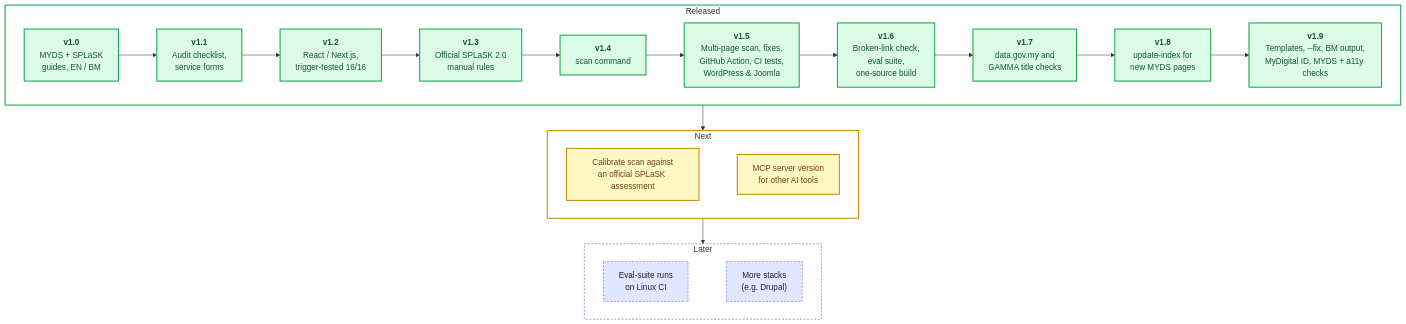
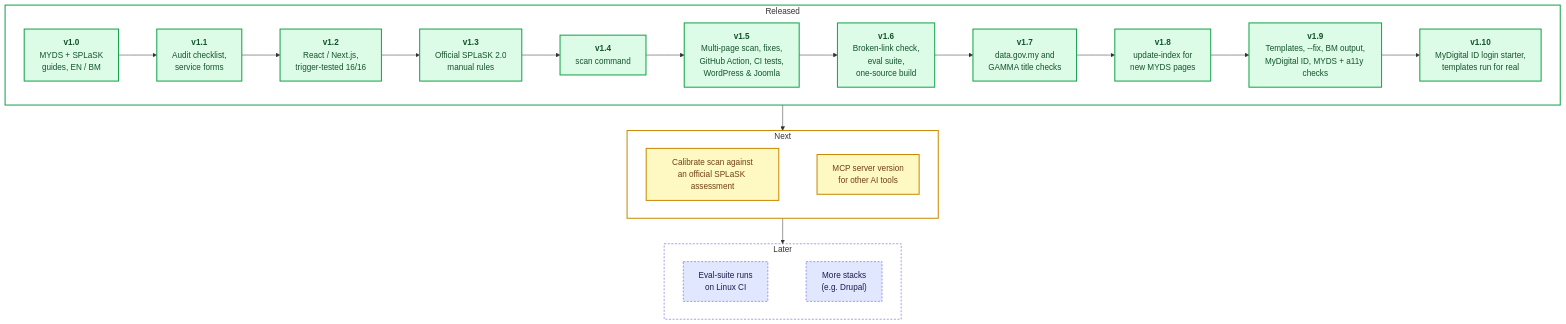
The second of 2 diagrams in README.md (DexComm69/malaysia-gov-web-guidance), drawn with Mermaid before and after one commit. The commit also changed other lines of this file and 46 other files, not shown here.

Commit message:
v1.10.0: MyDigital ID login starter (tested on a mock OIDC provider), templates run for real (round 8) and fixed, BM for --render, Action extra-args

````diff
--- a/README.md
+++ b/README.md
@@ -340,43 +351,44 @@
 ```mermaid
 flowchart TB
     subgraph shipped ["Released"]
         direction LR
         v10["<b>v1.0</b><br/>MYDS + SPLaSK<br/>guides, EN / BM"]
         v11["<b>v1.1</b><br/>Audit checklist,<br/>service forms"]
         v12["<b>v1.2</b><br/>React / Next.js,<br/>trigger-tested 16/16"]
         v13["<b>v1.3</b><br/>Official SPLaSK 2.0<br/>manual rules"]
         v14["<b>v1.4</b><br/>scan command"]
         v15["<b>v1.5</b><br/>Multi-page scan, fixes,<br/>GitHub Action, CI tests,<br/>WordPress & Joomla"]
         v16["<b>v1.6</b><br/>Broken-link check,<br/>eval suite,<br/>one-source build"]
         v17["<b>v1.7</b><br/>data.gov.my and<br/>GAMMA title checks"]
         v18["<b>v1.8</b><br/>update-index for<br/>new MYDS pages"]
         v19["<b>v1.9</b><br/>Templates, --fix, BM output,<br/>MyDigital ID, MYDS + a11y checks"]
-        v10 --> v11 --> v12 --> v13 --> v14 --> v15 --> v16 --> v17 --> v18 --> v19
+        v110["<b>v1.10</b><br/>MyDigital ID login starter,<br/>templates run for real"]
+        v10 --> v11 --> v12 --> v13 --> v14 --> v15 --> v16 --> v17 --> v18 --> v19 --> v110
     end
 
     subgraph next ["Next"]
         direction LR
         cal["Calibrate scan against<br/>an official SPLaSK assessment"]
         mcp["MCP server version<br/>for other AI tools"]
         cal ~~~ mcp
     end
 
     subgraph later ["Later"]
         direction LR
         evalci["Eval-suite runs<br/>on Linux CI"]
         more["More stacks<br/>(e.g. Drupal)"]
         evalci ~~~ more
     end
 
     shipped --> next --> later
 
     classDef done fill:#dcfce7,stroke:#16a34a,color:#14532d,stroke-width:2px
     classDef nxt fill:#fef9c3,stroke:#ca8a04,color:#713f12,stroke-width:2px
     classDef plan fill:#e0e7ff,stroke:#4f46e5,color:#1e1b4b,stroke-width:1px,stroke-dasharray:4 3
-    class v10,v11,v12,v13,v14,v15,v16,v17,v18,v19 done
+    class v10,v11,v12,v13,v14,v15,v16,v17,v18,v19,v110 done
     class cal,mcp nxt
     class evalci,more plan
     style shipped fill:transparent,stroke:#16a34a,stroke-width:2px
     style next fill:transparent,stroke:#ca8a04,stroke-width:2px
     style later fill:transparent,stroke:#4f46e5,stroke-width:1px,stroke-dasharray:4 3
 ```
````
